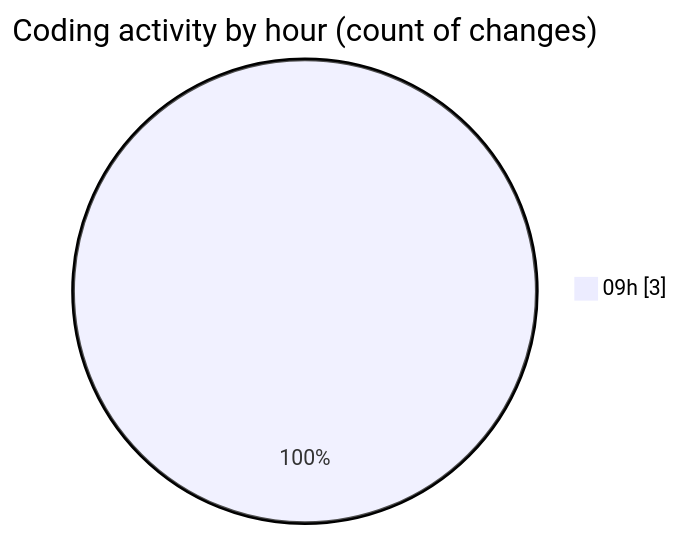
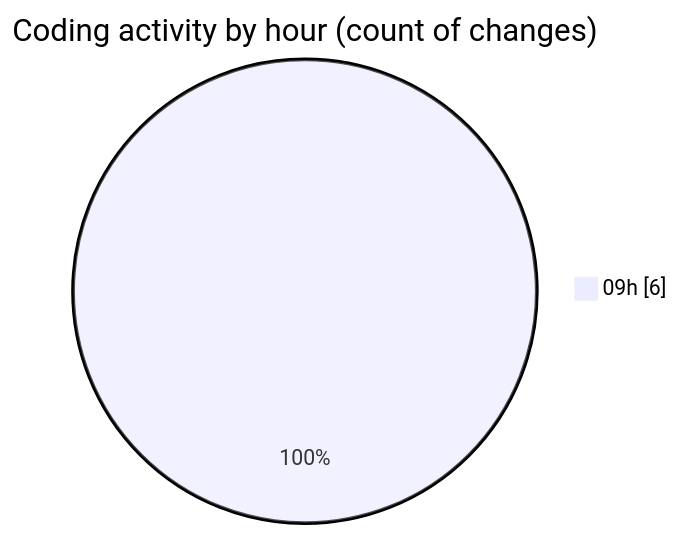
One commit to NitaiMahat/code-tracking changed the second of 2 diagrams in 2025-01-30/java/README.md. Above: the diagram before and after it, drawn with Mermaid. The commit also changed other lines of this file and 1 other file, not shown here.

````diff
--- a/2025-01-30/java/README.md
+++ b/2025-01-30/java/README.md
@@ -28,5 +28,5 @@
 ```mermaid
 pie showData
 title Coding activity by hour (count of changes)
-"09h" : 3
+"09h" : 6
 ```
````
